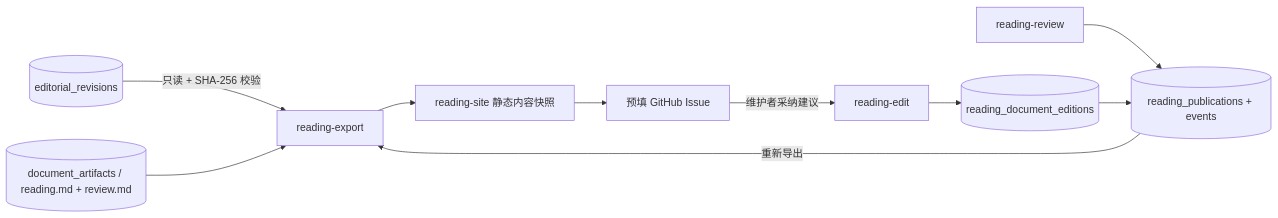
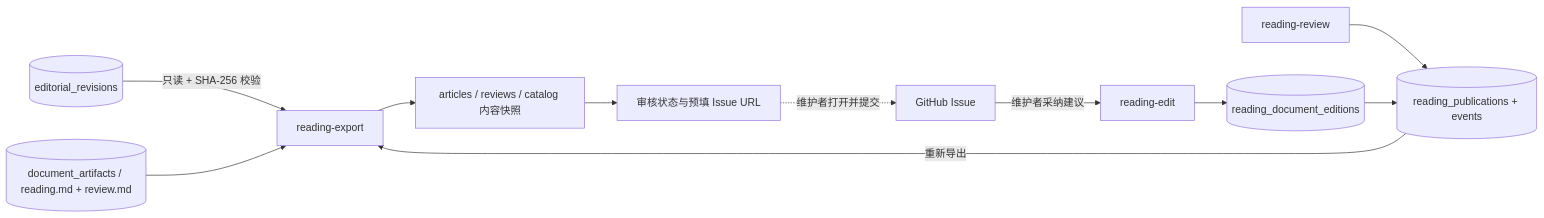
Before and after one commit to SuperCatQR/bilibili-asr-archive: the diagram in docs/ai-proofreading-architecture.md, drawn with Mermaid. The commit also changed other lines of this file and 16 other files, not shown here.

Commit message:
docs: refresh architecture and operator guides for issues 247-250

````diff
--- a/docs/ai-proofreading-architecture.md
+++ b/docs/ai-proofreading-architecture.md
@@ -71,12 +76,13 @@
 ```mermaid
 flowchart LR
   revision[(editorial_revisions)] -->|只读 + SHA-256 校验| export[reading-export]
   artifact[(document_artifacts / reading.md + review.md)] --> export
-  export --> snapshot[reading-site 静态内容快照]
-  snapshot --> issue[预填 GitHub Issue]
+  export --> snapshot[articles / reviews / catalog 内容快照]
+  snapshot --> link[审核状态与预填 Issue URL]
+  link -.维护者打开并提交.-> issue[GitHub Issue]
   issue -->|维护者采纳建议| edit[reading-edit]
   edit --> editions[(reading_document_editions)]
   review[reading-review] --> state[(reading_publications + events)]
   editions --> state
   state -->|重新导出| export
 ```
````
